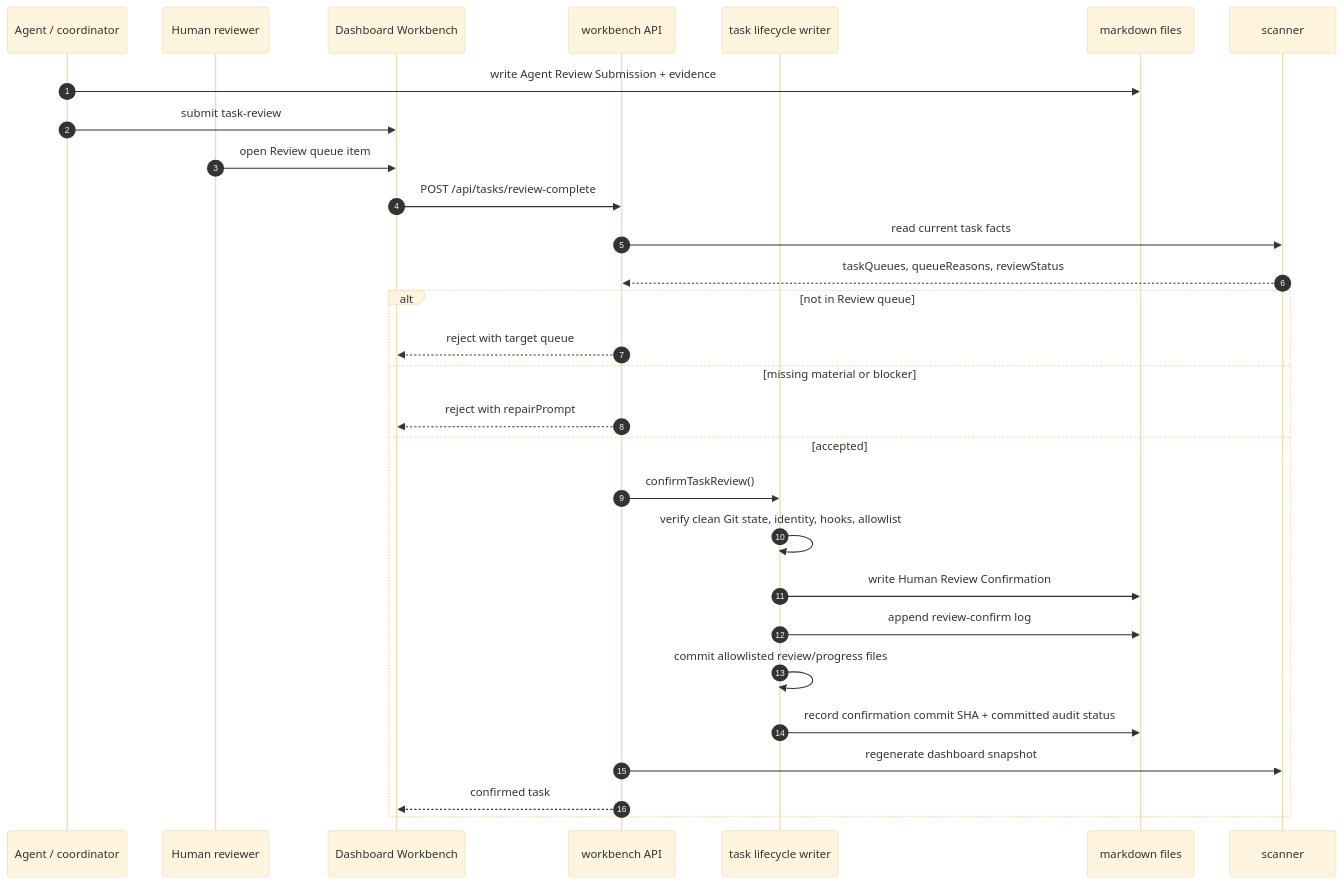
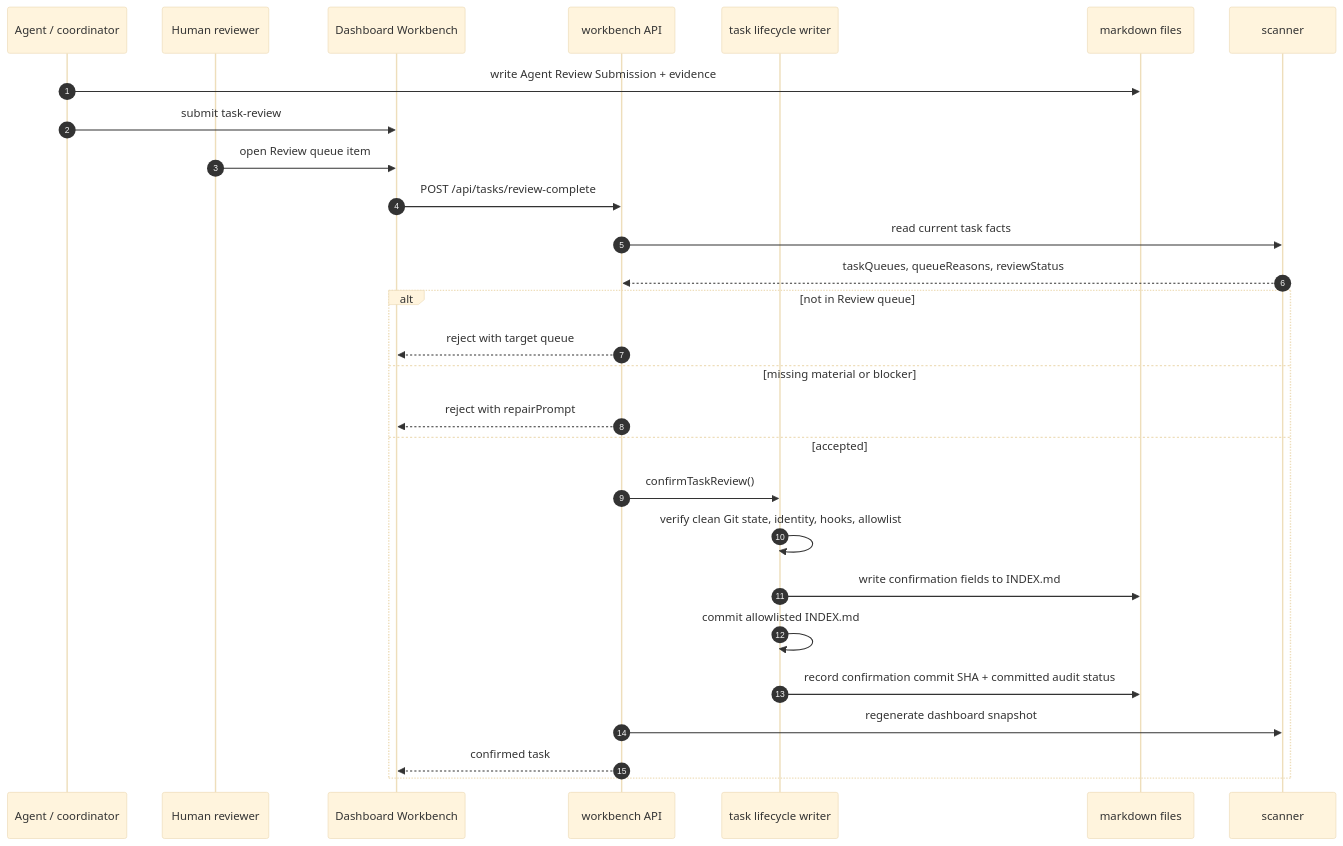
One commit to FairladyZ625/coding-agent-harness changed the fourth of 4 diagrams in docs-release/guides/task-state-machine.en-US.md. Above: the diagram before and after it, drawn with Mermaid (base theme). The commit also changed other lines of this file and 40 other files, not shown here.

````diff
--- a/docs-release/guides/task-state-machine.en-US.md
+++ b/docs-release/guides/task-state-machine.en-US.md
@@ -161,32 +164,31 @@
 ```mermaid
 sequenceDiagram
   autonumber
   participant Agent as Agent / coordinator
   participant Human as Human reviewer
   participant UI as Dashboard Workbench
   participant API as workbench API
   participant Lifecycle as task lifecycle writer
   participant Docs as markdown files
   participant Scanner as scanner
 
   Agent->>Docs: write Agent Review Submission + evidence
   Agent->>UI: submit task-review
   Human->>UI: open Review queue item
   UI->>API: POST /api/tasks/review-complete
   API->>Scanner: read current task facts
   Scanner-->>API: taskQueues, queueReasons, reviewStatus
   alt not in Review queue
     API-->>UI: reject with target queue
   else missing material or blocker
     API-->>UI: reject with repairPrompt
   else accepted
     API->>Lifecycle: confirmTaskReview()
     Lifecycle->>Lifecycle: verify clean Git state, identity, hooks, allowlist
-    Lifecycle->>Docs: write Human Review Confirmation
-    Lifecycle->>Docs: append review-confirm log
-    Lifecycle->>Lifecycle: commit allowlisted review/progress files
+    Lifecycle->>Docs: write confirmation fields to INDEX.md
+    Lifecycle->>Lifecycle: commit allowlisted INDEX.md
     Lifecycle->>Docs: record confirmation commit SHA + committed audit status
     API->>Scanner: regenerate dashboard snapshot
     API-->>UI: confirmed task
   end
 ```
````
